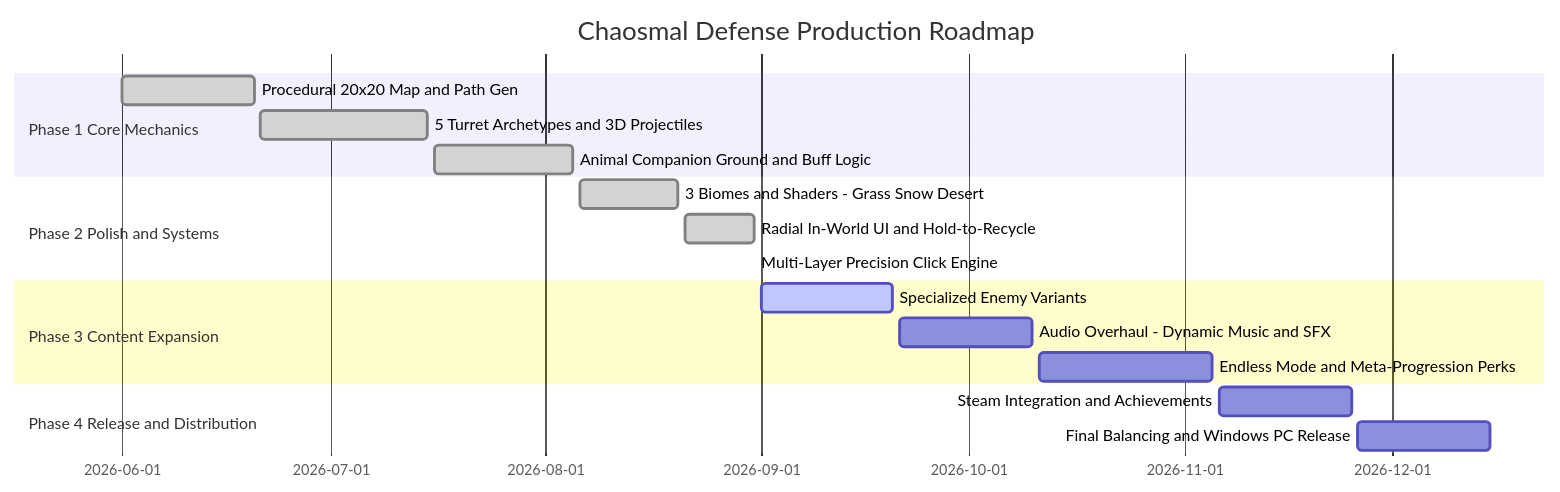
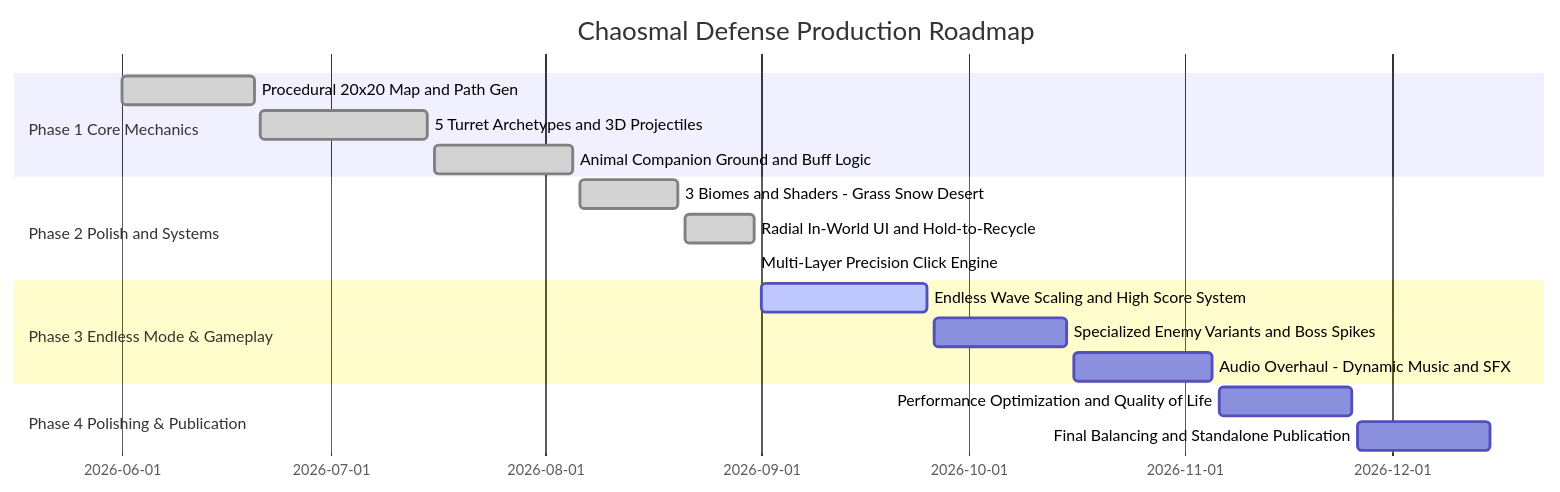
Before and after one commit to arlandoapraharjo/chaosmal-defense-td: the fifth of 5 diagrams in docs/executive_summary.md, drawn with Mermaid. The commit also changed other lines of this file, not shown here.

Commit message:
modified: executive sum roadmap timeline

````diff
--- a/docs/executive_summary.md
+++ b/docs/executive_summary.md
@@ -277,20 +277,20 @@
 ```mermaid
 gantt
     title Chaosmal Defense Production Roadmap
     dateFormat  YYYY-MM-DD
     section Phase 1 Core Mechanics
     Procedural 20x20 Map and Path Gen       :done, p1_1, 2026-06-01, 2026-06-20
     5 Turret Archetypes and 3D Projectiles  :done, p1_2, 2026-06-21, 2026-07-15
     Animal Companion Ground and Buff Logic  :done, p1_3, 2026-07-16, 2026-08-05
     section Phase 2 Polish and Systems
     3 Biomes and Shaders - Grass Snow Desert :done, p2_1, 2026-08-06, 2026-08-20
     Radial In-World UI and Hold-to-Recycle  :done, p2_2, 2026-08-21, 2026-08-31
     Multi-Layer Precision Click Engine       :done, p2_3, 2026-08-31, 2026-08-31
-    section Phase 3 Content Expansion
-    Specialized Enemy Variants              :active, p3_1, 2026-09-01, 2026-09-20
-    Audio Overhaul - Dynamic Music and SFX  :p3_2, 2026-09-21, 2026-10-10
-    Endless Mode and Meta-Progression Perks :p3_3, 2026-10-11, 2026-11-05
-    section Phase 4 Release and Distribution
-    Steam Integration and Achievements      :p4_1, 2026-11-06, 2026-11-25
-    Final Balancing and Windows PC Release  :p4_2, 2026-11-26, 2026-12-15
+    section Phase 3 Endless Mode & Gameplay
+    Endless Wave Scaling and High Score System :active, p3_1, 2026-09-01, 2026-09-25
+    Specialized Enemy Variants and Boss Spikes :p3_2, 2026-09-26, 2026-10-15
+    Audio Overhaul - Dynamic Music and SFX   :p3_3, 2026-10-16, 2026-11-05
+    section Phase 4 Polishing & Publication
+    Performance Optimization and Quality of Life :p4_1, 2026-11-06, 2026-11-25
+    Final Balancing and Standalone Publication   :p4_2, 2026-11-26, 2026-12-15
 ```
````
